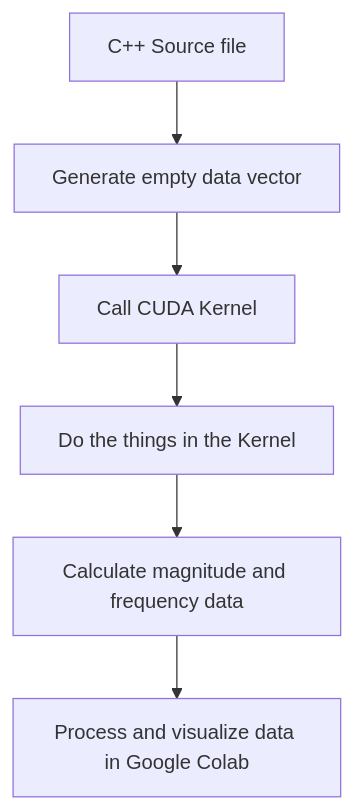
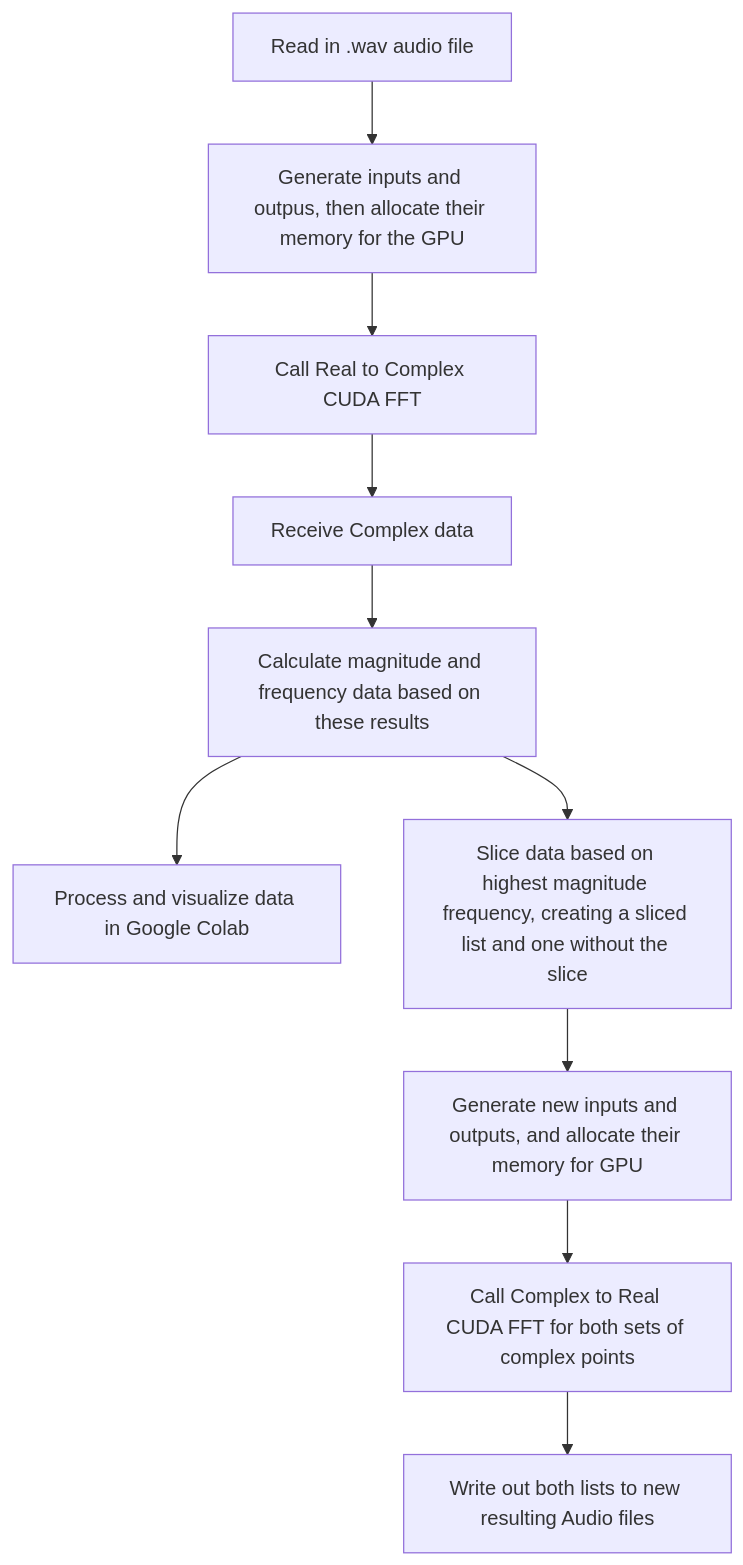
Before and after one commit to Torfmuer/Audio-Splicing-with-CUDA: the diagram in final_report.md, drawn with Mermaid. The commit also changed other lines of this file, not shown here.

````diff
--- a/final_report.md
+++ b/final_report.md
@@ -51,8 +51,12 @@
 ```mermaid 
 graph TD;
-A[C++ Source file] --> B[Generate empty data vector]
-B --> C[Call CUDA Kernel]
-C --> D[Do the things in the Kernel]
-D --> E[Calculate magnitude and frequency data]
+A[Read in .wav audio file] --> B[Generate inputs and outpus, then allocate their memory for the GPU]
+B --> C[Call Real to Complex CUDA FFT]
+C --> D[Receive Complex data]
+D --> E[Calculate magnitude and frequency data based on these results]
 E --> F[Process and visualize data in Google Colab]
+E --> G[Slice data based on highest magnitude frequency, creating a sliced list and one without the slice]
+G --> H[Generate new inputs and outputs, and allocate their memory for GPU]
+H --> I[Call Complex to Real CUDA FFT for both sets of complex points]
+I --> J[Write out both lists to new resulting Audio files]
 ```
````
